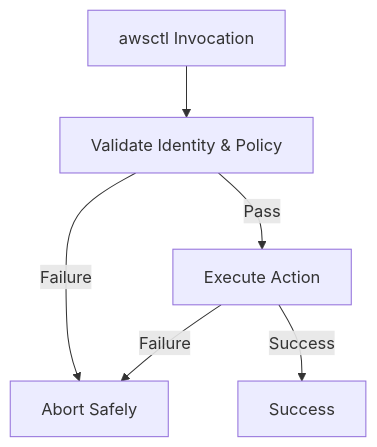
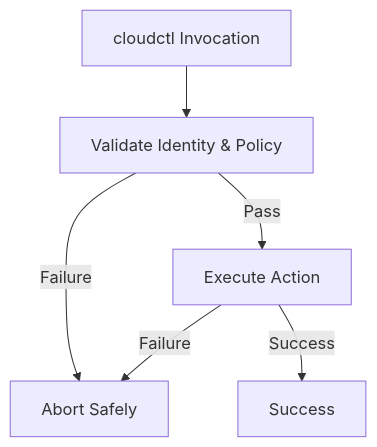
The diagram in docs/wiki/execution-failure-modes.md (hoad-org/cloudctl), drawn with Mermaid before and after one commit. The commit also changed other lines of this file and 198 other files, not shown here.

````diff
--- a/docs/wiki/execution-failure-modes.md
+++ b/docs/wiki/execution-failure-modes.md
@@ -52,14 +52,14 @@
 ```mermaid
 flowchart TD
-    Start[awsctl Invocation]
+    Start[cloudctl Invocation]
     Validate[Validate Identity & Policy]
     Execute[Execute Action]
     Abort[Abort Safely]
     Success[Success]
 
     Start --> Validate
     Validate -->|Failure| Abort
     Validate -->|Pass| Execute
     Execute -->|Failure| Abort
     Execute -->|Success| Success
 ```
````
